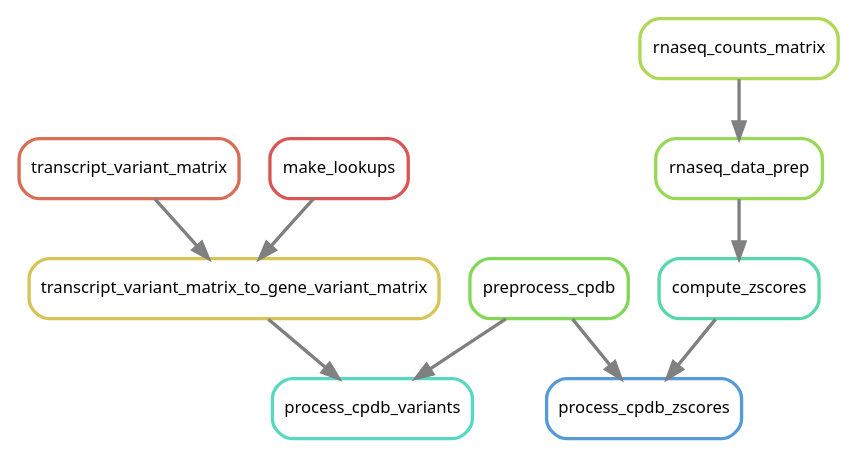
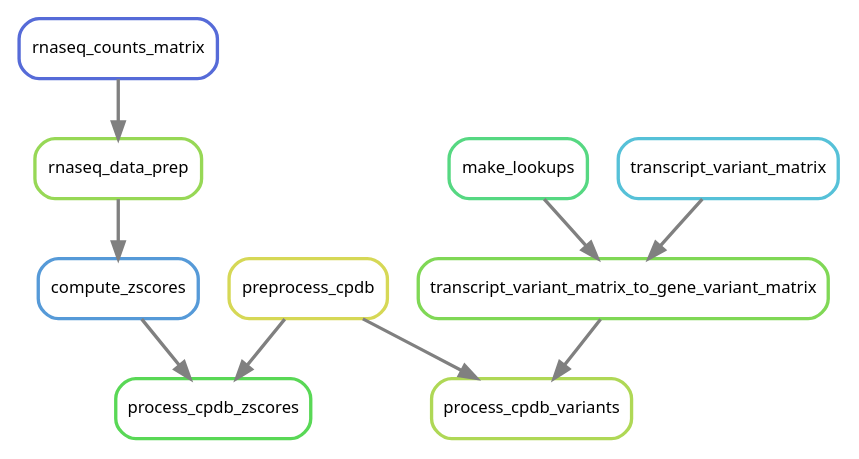
The diagram in doc/source/images/cpdb.dot (NCBI-Hackathons/Pharmacogenomics_Prediction_Pipeline_P3), drawn with Graphviz before and after one commit. The commit also changed 29 other files, not shown here.

```diff
--- a/doc/source/images/cpdb.dot
+++ b/doc/source/images/cpdb.dot
@@ -1,22 +1,22 @@
 digraph snakemake_dag {
     graph[bgcolor=white, margin=0];
     node[shape=box, style=rounded, fontname=sans,                 fontsize=10, penwidth=2];
     edge[penwidth=2, color=grey];
-	0[label = "transcript_variant_matrix", color = "0.03 0.6 0.85", style="rounded"];
-	1[label = "rnaseq_counts_matrix", color = "0.22 0.6 0.85", style="rounded"];
-	2[label = "make_lookups", color = "0.00 0.6 0.85", style="rounded"];
-	3[label = "process_cpdb_zscores", color = "0.58 0.6 0.85", style="rounded"];
-	4[label = "preprocess_cpdb", color = "0.28 0.6 0.85", style="rounded"];
-	5[label = "process_cpdb_variants", color = "0.47 0.6 0.85", style="rounded"];
-	6[label = "compute_zscores", color = "0.44 0.6 0.85", style="rounded"];
-	7[label = "transcript_variant_matrix_to_gene_variant_matrix", color = "0.14 0.6 0.85", style="rounded"];
-	8[label = "rnaseq_data_prep", color = "0.25 0.6 0.85", style="rounded"];
+	0[label = "process_cpdb_zscores", color = "0.33 0.6 0.85", style="rounded"];
+	1[label = "make_lookups", color = "0.39 0.6 0.85", style="rounded"];
+	2[label = "process_cpdb_variants", color = "0.22 0.6 0.85", style="rounded"];
+	3[label = "rnaseq_data_prep", color = "0.25 0.6 0.85", style="rounded"];
+	4[label = "compute_zscores", color = "0.58 0.6 0.85", style="rounded"];
+	5[label = "transcript_variant_matrix_to_gene_variant_matrix", color = "0.28 0.6 0.85", style="rounded"];
+	6[label = "rnaseq_counts_matrix", color = "0.64 0.6 0.85", style="rounded"];
+	7[label = "preprocess_cpdb", color = "0.17 0.6 0.85", style="rounded"];
+	8[label = "transcript_variant_matrix", color = "0.53 0.6 0.85", style="rounded"];
+	4 -> 0
+	7 -> 0
+	7 -> 2
+	5 -> 2
 	6 -> 3
-	4 -> 3
-	7 -> 5
-	4 -> 5
-	8 -> 6
-	2 -> 7
-	0 -> 7
-	1 -> 8
+	3 -> 4
+	1 -> 5
+	8 -> 5
 }            
```
